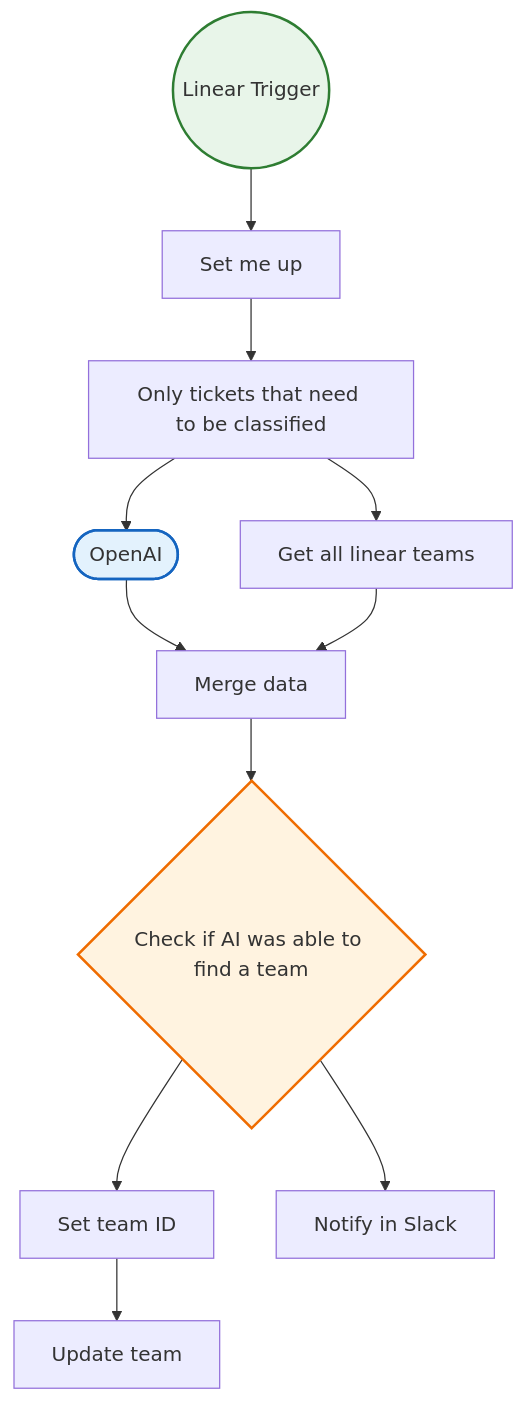
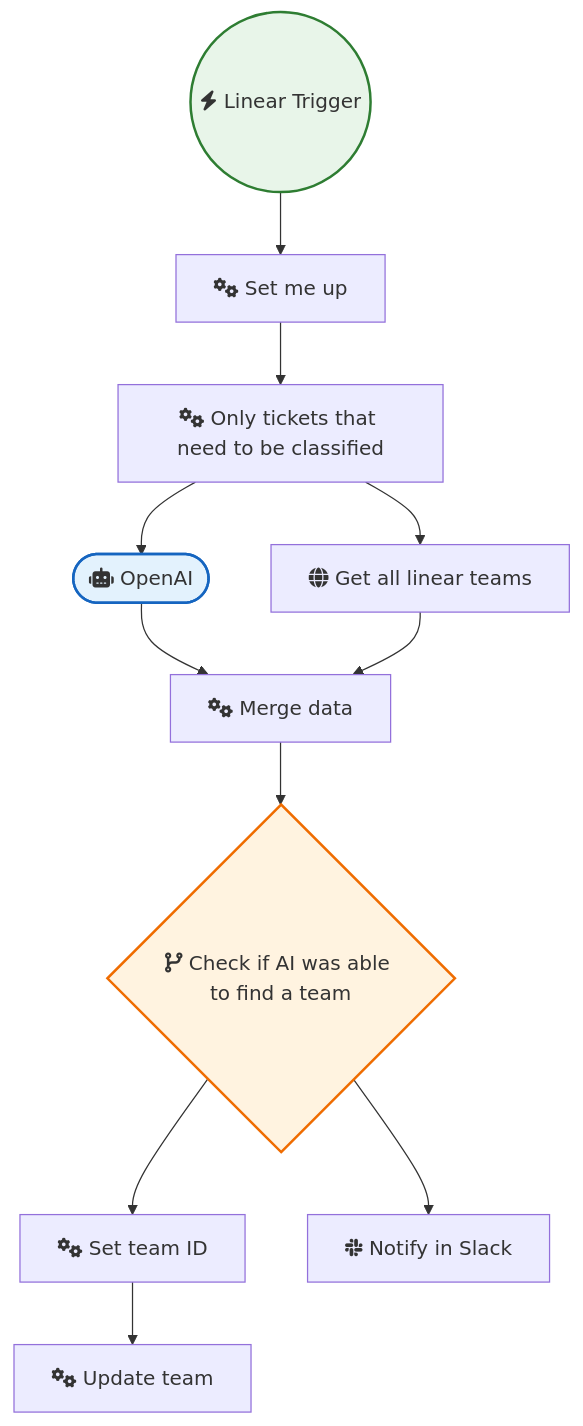
The diagram in Other_Integrations_and_Use_Cases/Classify New Bugs in Linear with Openai S Gpt-4 and Move Them to the Right Team.md (sreyash3105/N8N-DEMO-AUTOMATIONS), drawn with Mermaid before and after one commit. The commit also changed 291 other files, not shown here.

````diff
--- a/Other_Integrations_and_Use_Cases/Classify New Bugs in Linear with Openai S Gpt-4 and Move Them to the Right Team.md
+++ b/Other_Integrations_and_Use_Cases/Classify New Bugs in Linear with Openai S Gpt-4 and Move Them to the Right Team.md
@@ -1,28 +1,28 @@
 ```mermaid
 graph TD
     classDef trigger fill:#e8f5e9,stroke:#2e7d32,stroke-width:2px;
     classDef ai fill:#e3f2fd,stroke:#1565c0,stroke-width:2px;
     classDef logic fill:#fff3e0,stroke:#ef6c00,stroke-width:2px;
 
-    Linear_Trigger(("Linear Trigger")):::trigger
-    Only_tickets_that_need_to_be_classified["Only tickets that need to be classified"]
-    Update_team["Update team"]
-    Get_all_linear_teams["Get all linear teams"]
-    Set_team_ID["Set team ID"]
-    Set_me_up["Set me up"]
-    Check_if_AI_was_able_to_find_a_team{"Check if AI was able to find a team"}:::logic
-    Notify_in_Slack["Notify in Slack"]
-    Merge_data["Merge data"]
-    OpenAI(["OpenAI"]):::ai
+    Linear_Trigger(("fas:fa-bolt Linear Trigger")):::trigger
+    Only_tickets_that_need_to_be_classified["fas:fa-cogs Only tickets that need to be classified"]
+    Update_team["fas:fa-cogs Update team"]
+    Get_all_linear_teams["fas:fa-globe Get all linear teams"]
+    Set_team_ID["fas:fa-cogs Set team ID"]
+    Set_me_up["fas:fa-cogs Set me up"]
+    Check_if_AI_was_able_to_find_a_team{"fas:fa-code-branch Check if AI was able to find a team"}:::logic
+    Notify_in_Slack["fab:fa-slack Notify in Slack"]
+    Merge_data["fas:fa-cogs Merge data"]
+    OpenAI(["fas:fa-robot OpenAI"]):::ai
 
     OpenAI --> Merge_data
     Set_me_up --> Only_tickets_that_need_to_be_classified
     Merge_data --> Check_if_AI_was_able_to_find_a_team
     Set_team_ID --> Update_team
     Linear_Trigger --> Set_me_up
     Get_all_linear_teams --> Merge_data
     Check_if_AI_was_able_to_find_a_team --> Set_team_ID
     Check_if_AI_was_able_to_find_a_team --> Notify_in_Slack
     Only_tickets_that_need_to_be_classified --> OpenAI
     Only_tickets_that_need_to_be_classified --> Get_all_linear_teams
 ```
````
